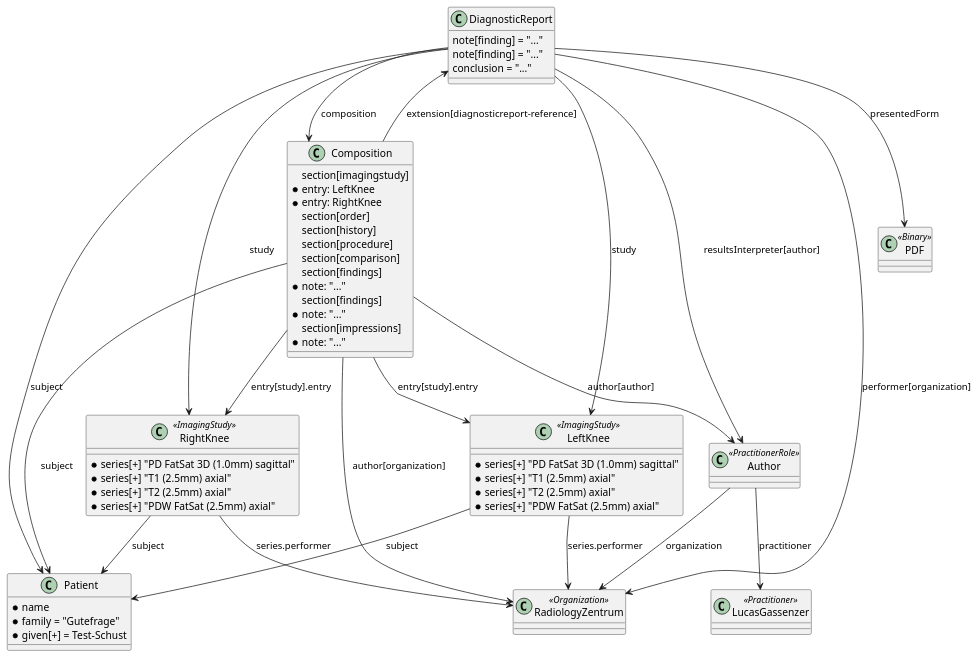
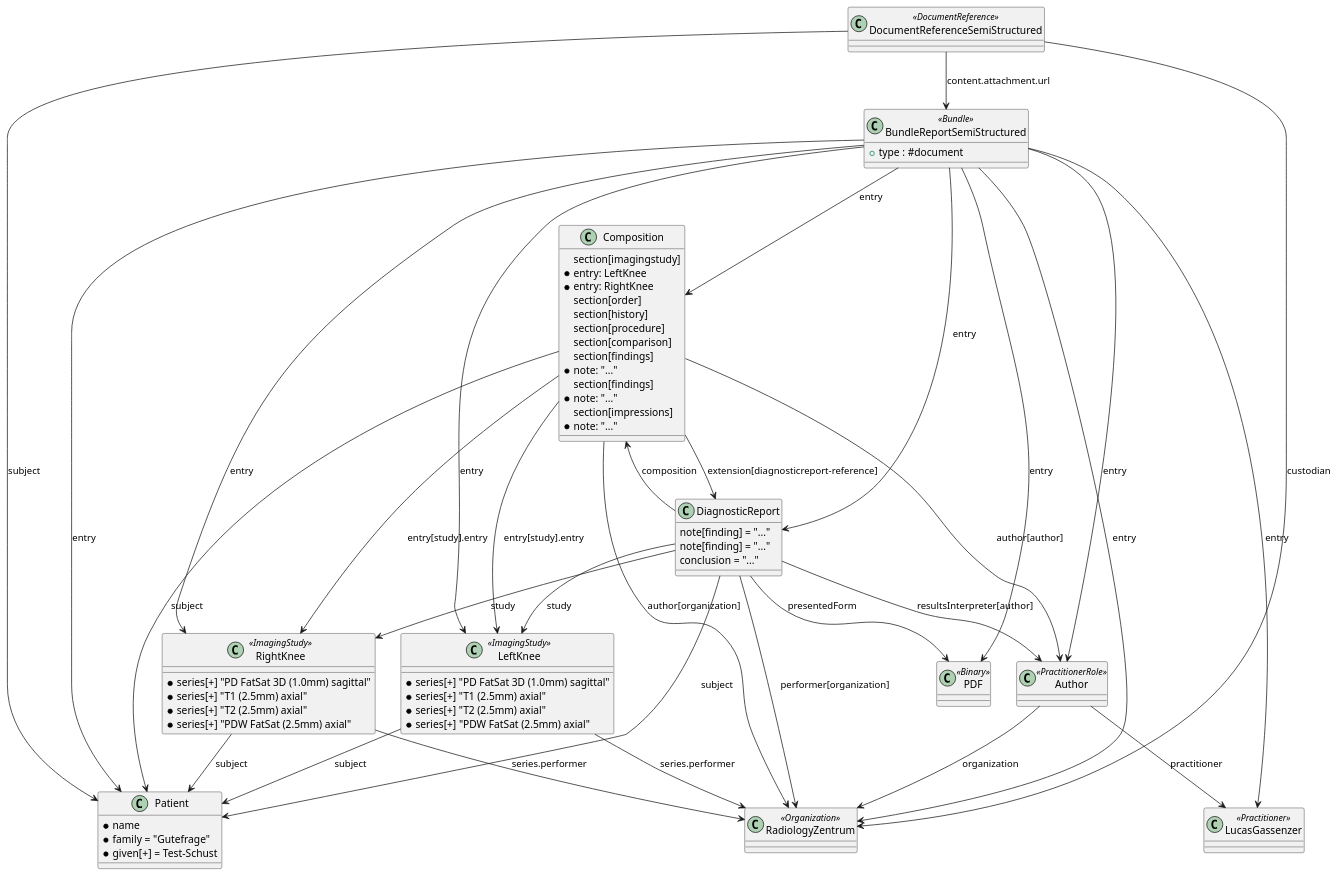
One commit to hl7-eu/imaging changed the diagram in ig-src/input/images-source/example-semi-structured.plantuml. Above: the diagram before and after it, drawn with PlantUML. The commit also changed 12 other files, not shown here.

```diff
--- a/ig-src/input/images-source/example-semi-structured.plantuml
+++ b/ig-src/input/images-source/example-semi-structured.plantuml
@@ -1,70 +1,89 @@
 @startuml
+    DocumentReferenceSemiStructured --> BundleReportSemiStructured: content.attachment.url
+    DocumentReferenceSemiStructured --> Patient: subject
+    DocumentReferenceSemiStructured --> RadiologyZentrum: custodian
+
+    BundleReportSemiStructured --> Composition: entry
+    BundleReportSemiStructured --> DiagnosticReport: entry
+    BundleReportSemiStructured --> Patient: entry
+    BundleReportSemiStructured --> LeftKnee: entry
+    BundleReportSemiStructured --> RightKnee: entry
+    BundleReportSemiStructured --> Author: entry
+    BundleReportSemiStructured --> RadiologyZentrum: entry
+    BundleReportSemiStructured --> LucasGassenzer: entry
+    BundleReportSemiStructured --> PDF: entry
+
     DiagnosticReport --> Composition: composition
     DiagnosticReport --> PDF: presentedForm
     DiagnosticReport --> Patient: subject
     DiagnosticReport --> LeftKnee: study
     DiagnosticReport --> RightKnee: study
     DiagnosticReport --> Author: resultsInterpreter[author]
     DiagnosticReport --> RadiologyZentrum: performer[organization]
     
     LeftKnee --> Patient: subject
     LeftKnee --> RadiologyZentrum: series.performer
     RightKnee --> Patient: subject
     RightKnee --> RadiologyZentrum: series.performer
 
     Composition --> Patient: subject
     Composition --> DiagnosticReport: extension[diagnosticreport-reference]
     Composition --> Author: author[author]
     Composition --> RadiologyZentrum: author[organization]
     Composition --> LeftKnee : entry[study].entry
     Composition --> RightKnee: entry[study].entry
     
     Author --> RadiologyZentrum: organization
     Author --> LucasGassenzer: practitioner
 
-    class Author <<PractitionerRole>>
+        class DocumentReferenceSemiStructured <<DocumentReference>> [[./DocumentReference-DocumentReferenceSemiStructured.html]]
+        class BundleReportSemiStructured <<Bundle>> [[./Bundle-bundle-report-semi-structured.html]] {
+            +type : #document
+        }
+
+        class Author <<PractitionerRole>>
     class RadiologyZentrum <<Organization>>
     class LucasGassenzer <<Practitioner>>
 
     class Patient{
         * name 
           * family = "Gutefrage"
           * given[+] = Test-Schust
     }
     class LeftKnee <<ImagingStudy>>  [[./ImagingStudy-ImagingStudySemiStructuredReport1.html]] {
         * series[+] "PD FatSat 3D (1.0mm) sagittal"
         * series[+] "T1 (2.5mm) axial"
         * series[+] "T2 (2.5mm) axial"
         * series[+] "PDW FatSat (2.5mm) axial"
     }
     class RightKnee <<ImagingStudy>> [[./ImagingStudy-ImagingStudySemiStructuredReport2.html]] {
         * series[+] "PD FatSat 3D (1.0mm) sagittal"
         * series[+] "T1 (2.5mm) axial"
         * series[+] "T2 (2.5mm) axial"
         * series[+] "PDW FatSat (2.5mm) axial"    
     }
     
-    class PDF <<Binary>>
+    class PDF <<Binary>> [[./Binary-semi-structured-pdf.html]]
 
     class Composition [[./Composition-CompositionSemiStructured.html]] {
         section[imagingstudy]
         * entry: LeftKnee
         * entry: RightKnee
         section[order]
         section[history]
         section[procedure]
         section[comparison]
         section[findings]
         * note: "..."
         section[findings]
         * note: "..."
         section[impressions]
         * note: "..."
     }
 
     class DiagnosticReport [[./DiagnosticReport-DiagnosticReportSemiStructured.html]] {
         note[finding] = "..."
         note[finding] = "..."
         conclusion = "..."
     }
 @enduml
```
